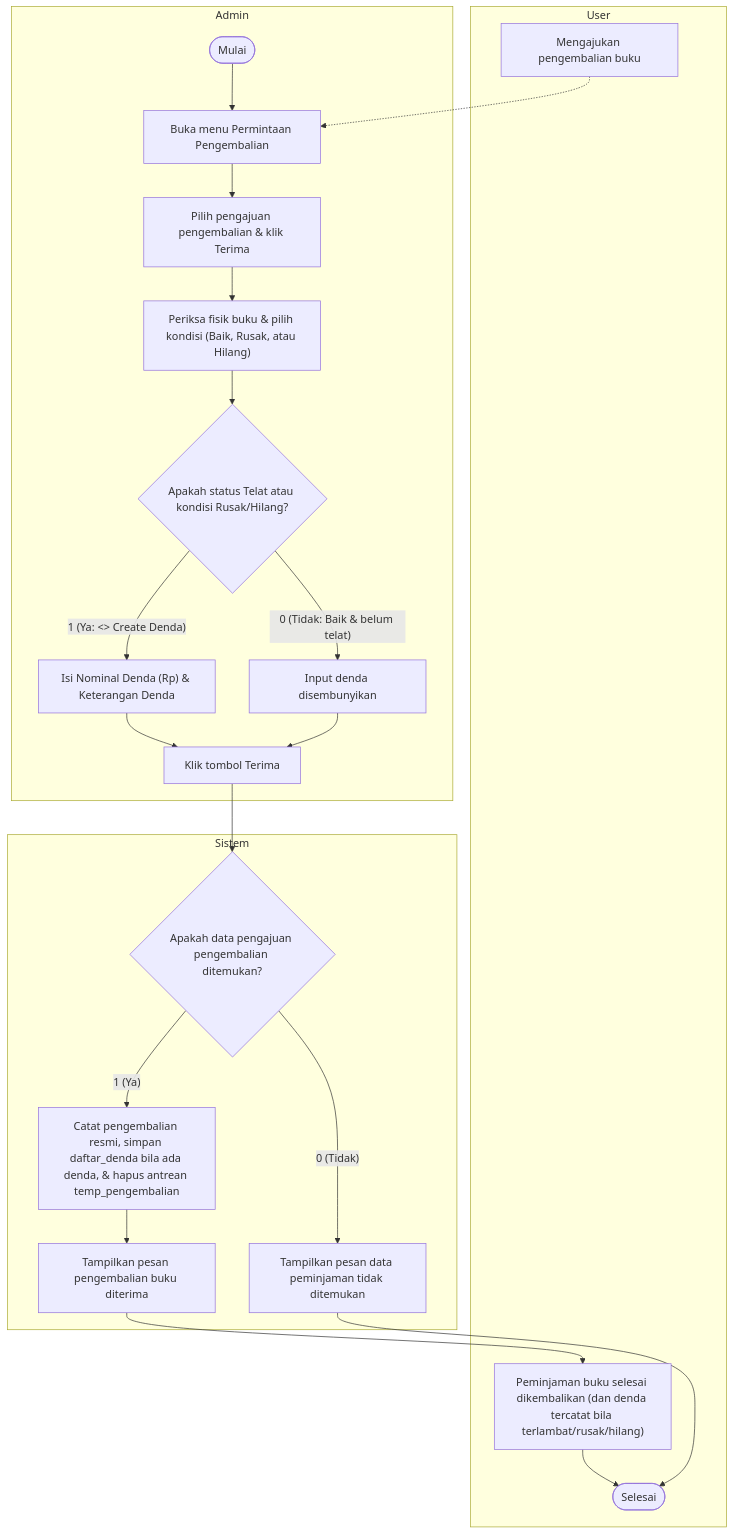
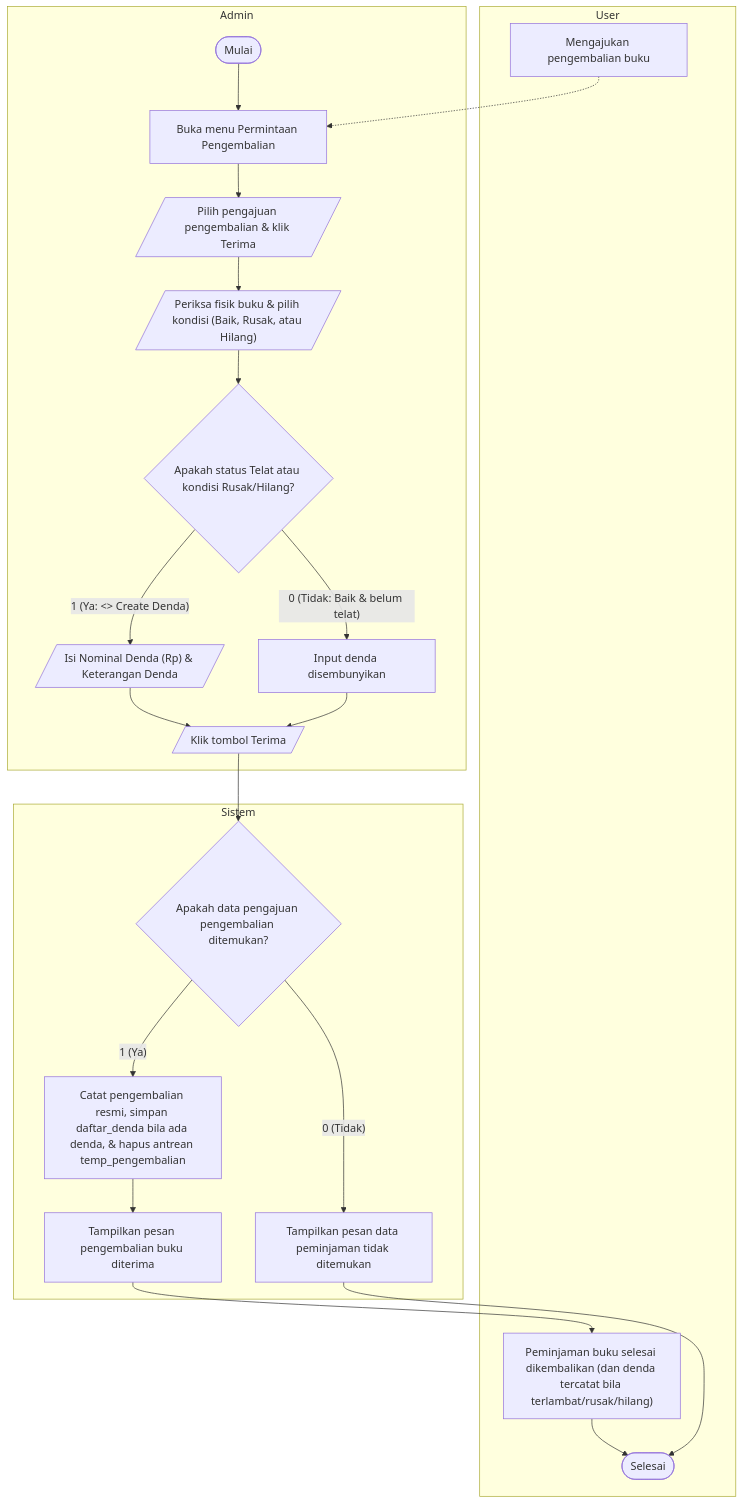
The diagram in docs/uml/src/diagrams/list-diagrams/activity-acceptpengembalian.mmd (dimstyle/ruang-baca), drawn with Mermaid before and after one commit. The commit also changed 78 other files, not shown here.

Commit message:
docs(uml): use parallelogram shape for input and button actions in flowchart and activity diagrams

```diff
--- a/docs/uml/src/diagrams/list-diagrams/activity-acceptpengembalian.mmd
+++ b/docs/uml/src/diagrams/list-diagrams/activity-acceptpengembalian.mmd
@@ -1,26 +1,26 @@
 flowchart TD
     subgraph User["User"]
         reqReturn["Mengajukan pengembalian buku"]
         doneReturn["Peminjaman buku selesai dikembalikan (dan denda tercatat bila terlambat/rusak/hilang)"] --> finish(["Selesai"])
     end
 
     subgraph Admin["Admin"]
         start(["Mulai"]) --> openReq["Buka menu Permintaan Pengembalian"]
         reqReturn -.-> openReq
-        openReq --> selectReq["Pilih pengajuan pengembalian & klik Terima"]
-        selectReq --> checkCond["Periksa fisik buku & pilih kondisi (Baik, Rusak, atau Hilang)"]
+        openReq --> selectReq[/"Pilih pengajuan pengembalian & klik Terima"/]
+        selectReq --> checkCond[/"Periksa fisik buku & pilih kondisi (Baik, Rusak, atau Hilang)"/]
         checkCond --> needFine{"Apakah status Telat atau kondisi Rusak/Hilang?"}
-        needFine -->|"1 (Ya: <<extend>> Create Denda)"| fillFine["Isi Nominal Denda (Rp) & Keterangan Denda"]
+        needFine -->|"1 (Ya: <<extend>> Create Denda)"| fillFine[/"Isi Nominal Denda (Rp) & Keterangan Denda"/]
         needFine -->|"0 (Tidak: Baik & belum telat)"| skipFine["Input denda disembunyikan"]
-        fillFine --> clickApprove["Klik tombol Terima"]
+        fillFine --> clickApprove[/"Klik tombol Terima"/]
         skipFine --> clickApprove
     end
 
     subgraph Sistem["Sistem"]
         clickApprove --> checkFound{"Apakah data pengajuan pengembalian ditemukan?"}
         checkFound -->|"0 (Tidak)"| notFound["Tampilkan pesan data peminjaman tidak ditemukan"]
         notFound --> finish
         checkFound -->|"1 (Ya)"| saveReturn["Catat pengembalian resmi, simpan daftar_denda bila ada denda, & hapus antrean temp_pengembalian"]
         saveReturn --> msgOk["Tampilkan pesan pengembalian buku diterima"]
         msgOk --> doneReturn
     end
```
